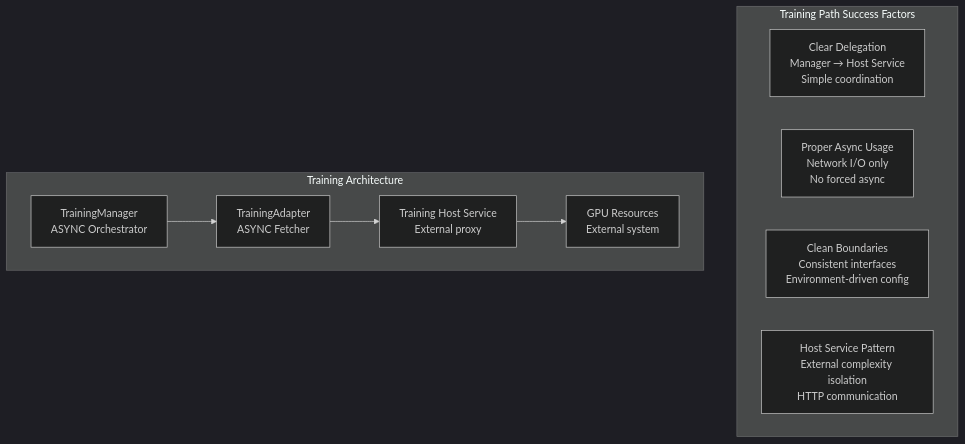
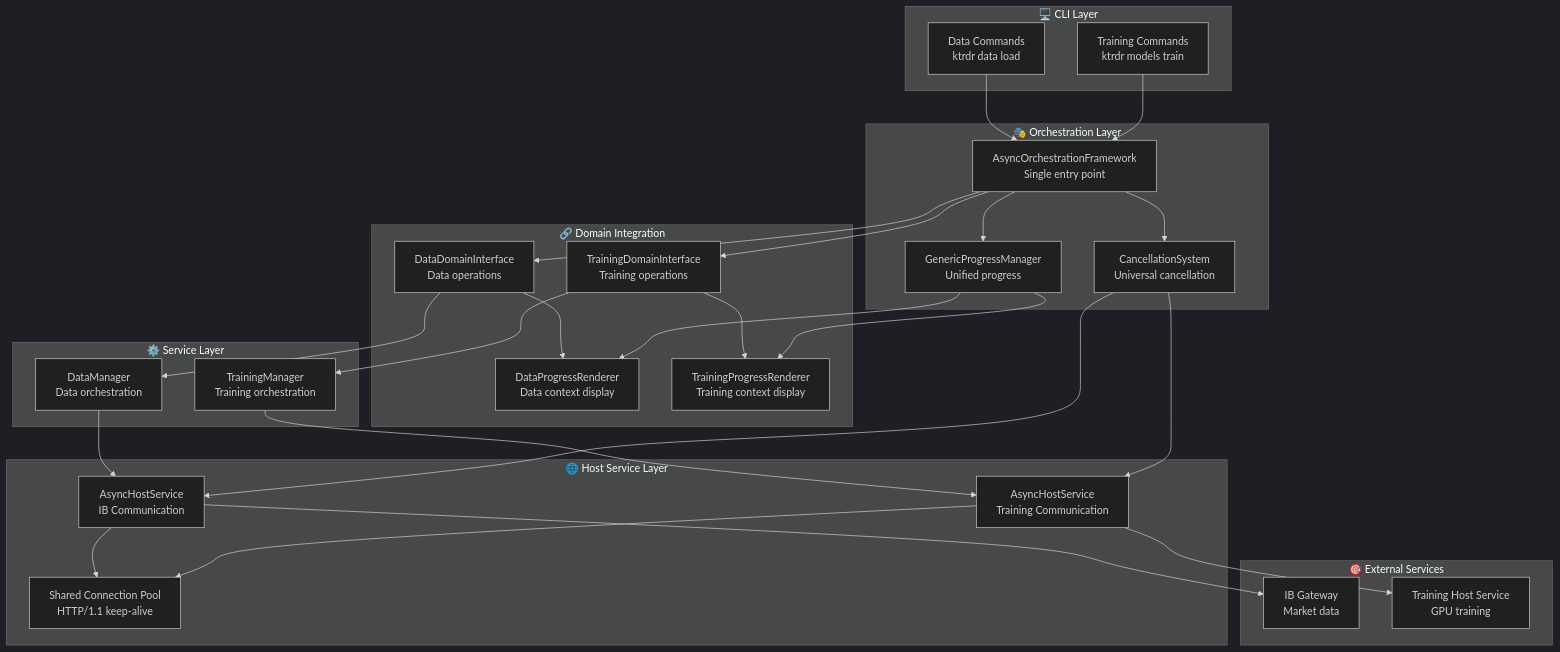
Before and after one commit to kpiteira/ktrdr: the fourth of 9 diagrams in docs/architecture/async/async-architecture-spec.md, drawn with Mermaid (dark theme). The commit also changed other lines of this file and 1 other file, not shown here.

First line of the commit message:
docs: update async architecture specification and implementation plan

````diff
--- a/docs/architecture/async/async-architecture-spec.md
+++ b/docs/architecture/async/async-architecture-spec.md
@@ -298,18 +590,63 @@
 ```mermaid
 graph TB
-    subgraph "Training Path Success Factors"
-        TF1[Clear Delegation<br/>Manager → Host Service<br/>Simple coordination]
-        TF2[Proper Async Usage<br/>Network I/O only<br/>No forced async]
-        TF3[Clean Boundaries<br/>Consistent interfaces<br/>Environment-driven config]
-        TF4[Host Service Pattern<br/>External complexity isolation<br/>HTTP communication]
+    subgraph "🖥️ CLI Layer"
+        DC[Data Commands<br/>ktrdr data load]
+        TC[Training Commands<br/>ktrdr models train]
     end
     
-    subgraph "Training Architecture"
-        TM[TrainingManager<br/>ASYNC Orchestrator]
-        TA[TrainingAdapter<br/>ASYNC Fetcher]
-        THS[Training Host Service<br/>External proxy]
-        GPU[GPU Resources<br/>External system]
+    subgraph "🎭 Orchestration Layer"
+        AOF[AsyncOrchestrationFramework<br/>Single entry point]
+        GPM[GenericProgressManager<br/>Unified progress]
+        CAS[CancellationSystem<br/>Universal cancellation]
     end
     
-    TM --> TA --> THS --> GPU
+    subgraph "🔗 Domain Integration"
+        DDI[DataDomainInterface<br/>Data operations]
+        TDI[TrainingDomainInterface<br/>Training operations]
+        DPR[DataProgressRenderer<br/>Data context display]
+        TPR[TrainingProgressRenderer<br/>Training context display]
+    end
+    
+    subgraph "⚙️ Service Layer"
+        DM[DataManager<br/>Data orchestration]
+        TM[TrainingManager<br/>Training orchestration]
+    end
+    
+    subgraph "🌐 Host Service Layer"
+        AHS_IB[AsyncHostService<br/>IB Communication]
+        AHS_TH[AsyncHostService<br/>Training Communication]
+        CP[Shared Connection Pool<br/>HTTP/1.1 keep-alive]
+    end
+    
+    subgraph "🎯 External Services"
+        IB[IB Gateway<br/>Market data]
+        THS[Training Host Service<br/>GPU training]
+    end
+    
+    DC --> AOF
+    TC --> AOF
+    
+    AOF --> GPM
+    AOF --> CAS
+    AOF --> DDI
+    AOF --> TDI
+    
+    DDI --> DPR
+    TDI --> TPR
+    DDI --> DM
+    TDI --> TM
+    
+    DM --> AHS_IB
+    TM --> AHS_TH
+    
+    AHS_IB --> CP
+    AHS_TH --> CP
+    
+    AHS_IB --> IB
+    AHS_TH --> THS
+    
+    GPM --> DPR
+    GPM --> TPR
+    CAS --> AHS_IB
+    CAS --> AHS_TH
 ```
````
